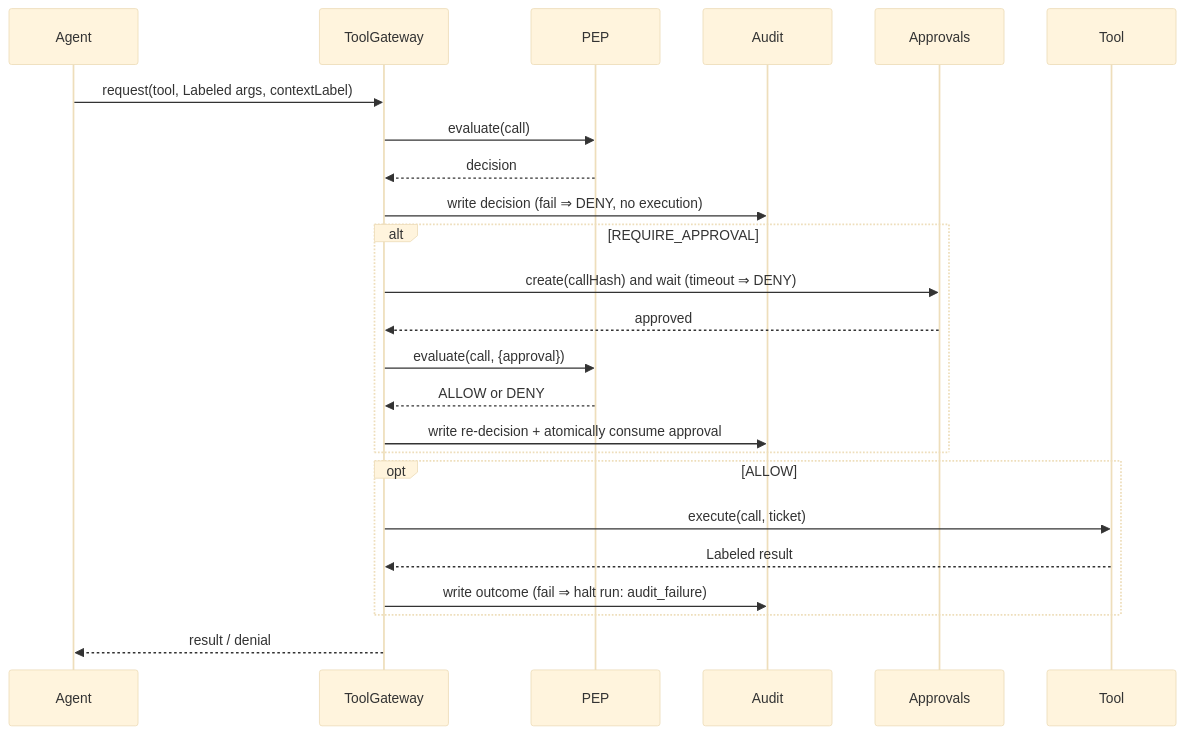
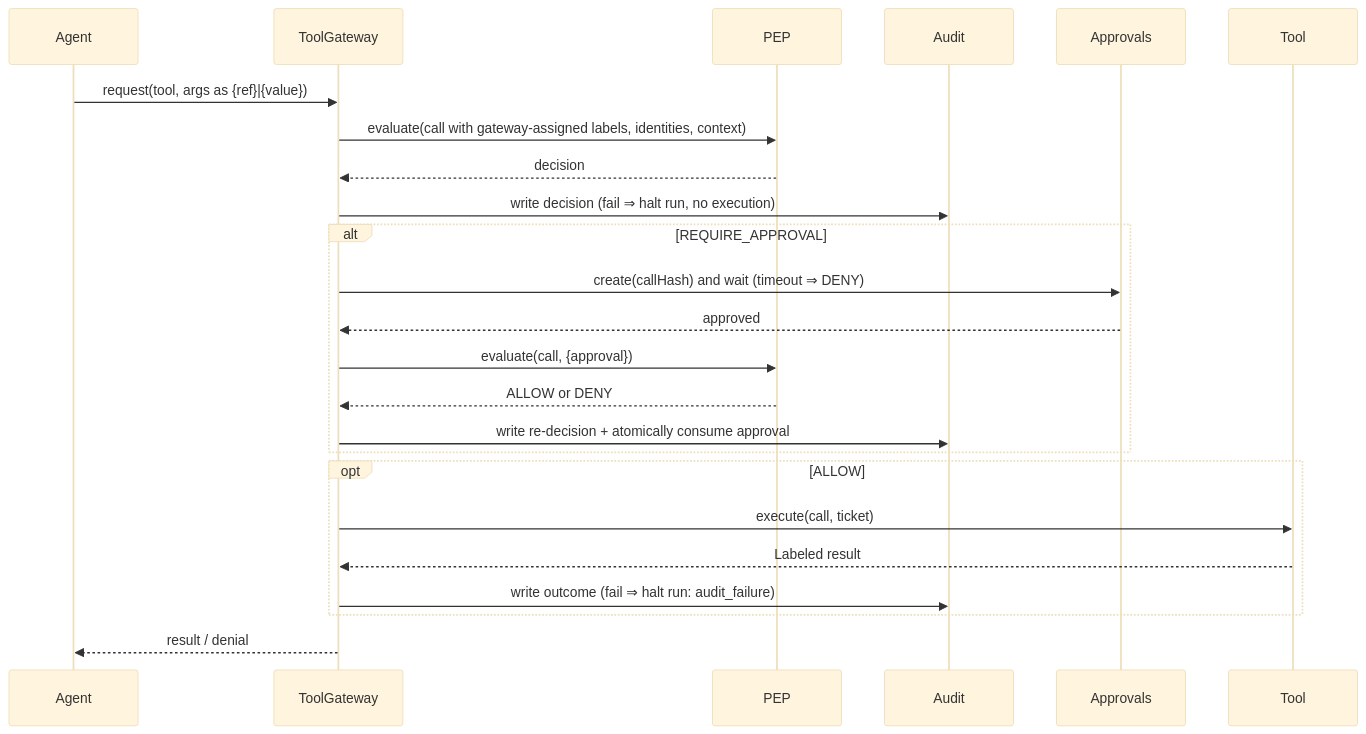
Before and after one commit to poorvikappannakn/PARALLAX-Hackathon: the second of 2 diagrams in docs/SYSTEM_ARCHITECTURE.md, drawn with Mermaid (base theme). The commit also changed other lines of this file and 3 other files, not shown here.

````diff
--- a/docs/SYSTEM_ARCHITECTURE.md
+++ b/docs/SYSTEM_ARCHITECTURE.md
@@ -147,26 +187,26 @@
 ```mermaid
 sequenceDiagram
   participant A as Agent
   participant G as ToolGateway
   participant P as PEP
   participant D as Audit
   participant Q as Approvals
   participant T as Tool
-  A->>G: request(tool, Labeled args, contextLabel)
-  G->>P: evaluate(call)
+  A->>G: request(tool, args as {ref}|{value})
+  G->>P: evaluate(call with gateway-assigned labels, identities, context)
   P-->>G: decision
-  G->>D: write decision (fail ⇒ DENY, no execution)
+  G->>D: write decision (fail ⇒ halt run, no execution)
   alt REQUIRE_APPROVAL
     G->>Q: create(callHash) and wait (timeout ⇒ DENY)
     Q-->>G: approved
     G->>P: evaluate(call, {approval})
     P-->>G: ALLOW or DENY
     G->>D: write re-decision + atomically consume approval
   end
   opt ALLOW
     G->>T: execute(call, ticket)
     T-->>G: Labeled result
     G->>D: write outcome (fail ⇒ halt run: audit_failure)
   end
   G-->>A: result / denial
 ```
````
